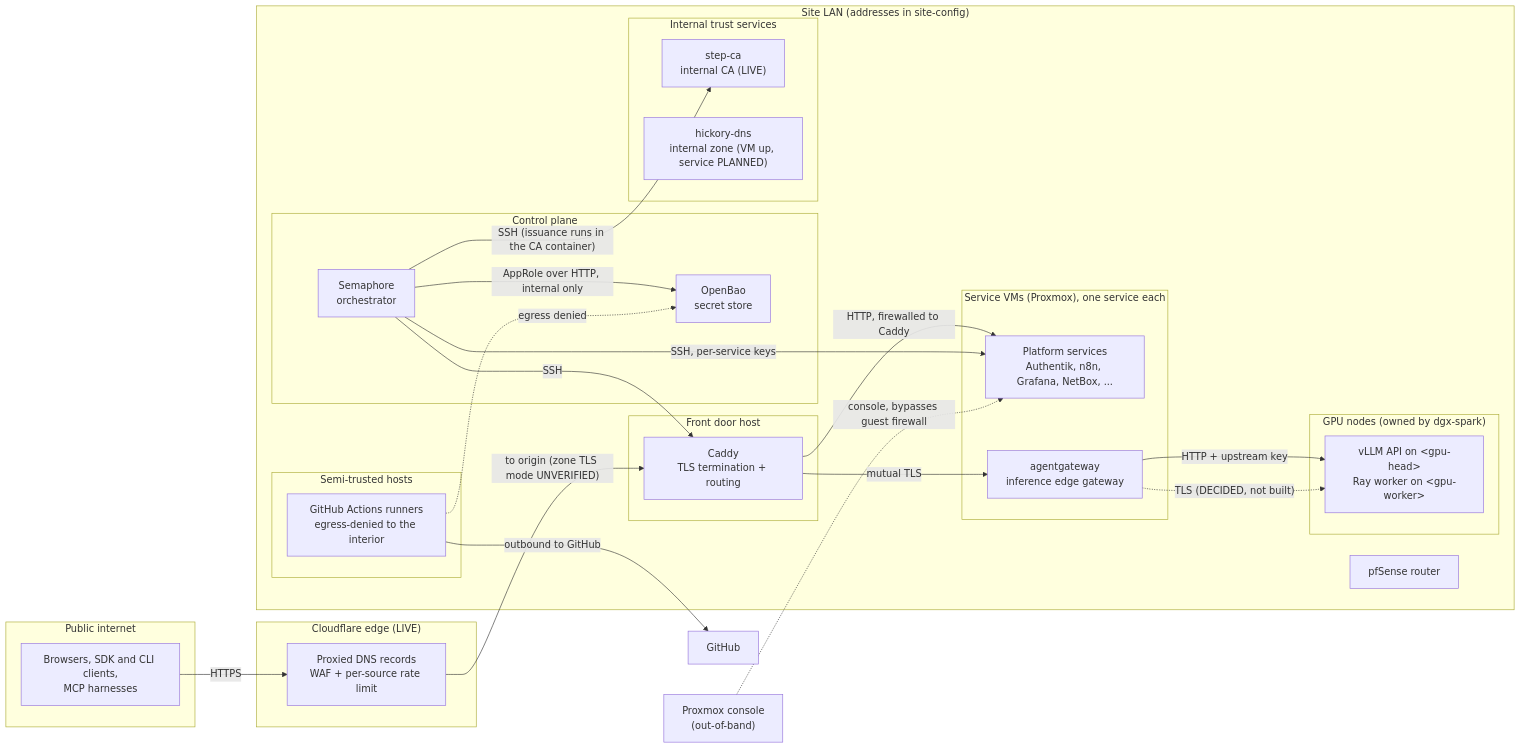
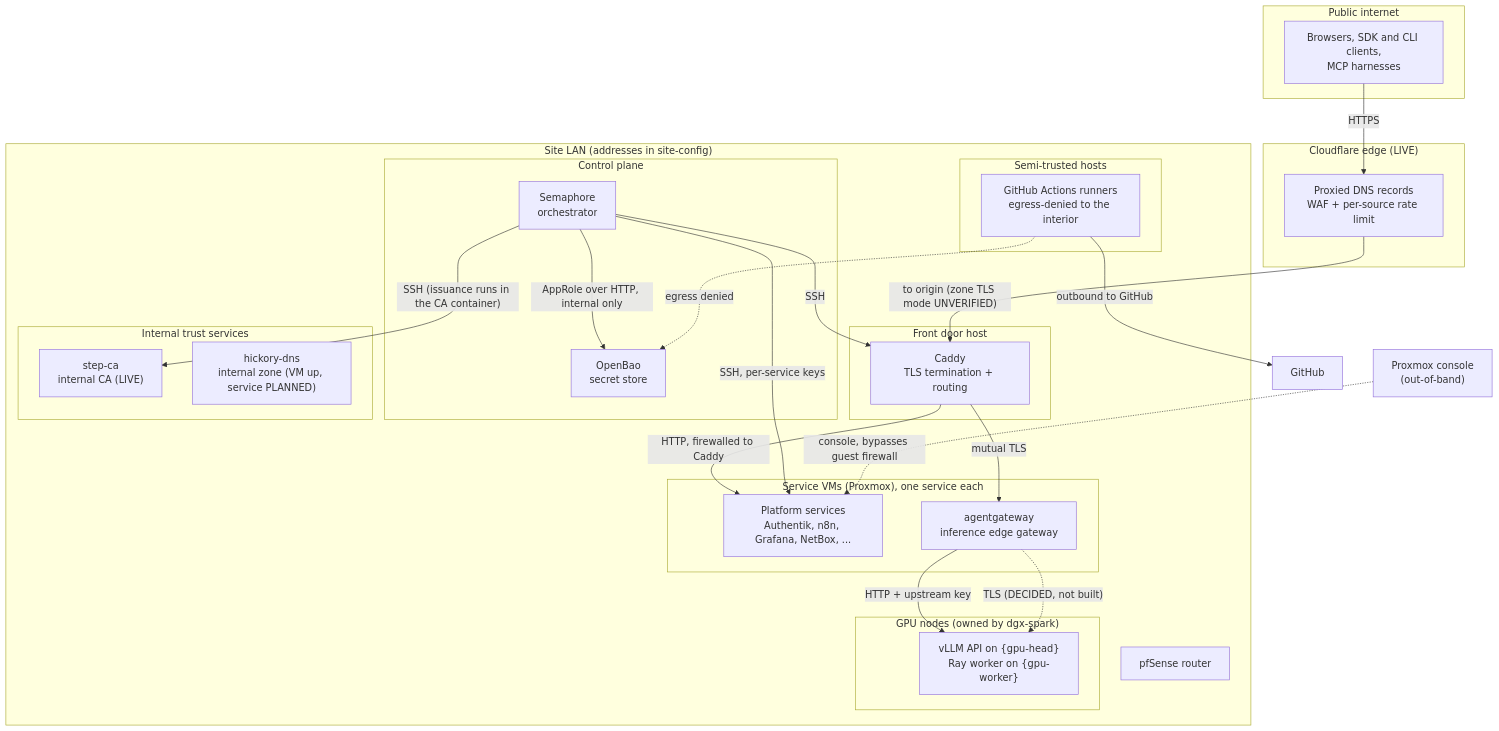
The first of 14 diagrams in plan/architecture/network-architecture.md (uhstray-io/agent-cloud), drawn with Mermaid before and after one commit. The commit also changed other lines of this file and 1 other file, not shown here.

First line of the commit message:
docs(architecture): fix diagram placeholders and wide layouts

````diff
--- a/plan/architecture/network-architecture.md
+++ b/plan/architecture/network-architecture.md
@@ -86,52 +87,52 @@
 ```mermaid
-flowchart LR
+flowchart TB
     subgraph PUB["Public internet"]
         CLIENT["Browsers, SDK and CLI clients,<br/>MCP harnesses"]
     end
 
     subgraph EDGE["Cloudflare edge (LIVE)"]
         CF["Proxied DNS records<br/>WAF + per-source rate limit"]
     end
 
     subgraph LAN["Site LAN (addresses in site-config)"]
         subgraph FRONT["Front door host"]
             CADDY["Caddy<br/>TLS termination + routing"]
         end
         subgraph SVC["Service VMs (Proxmox), one service each"]
             APPS["Platform services<br/>Authentik, n8n, Grafana, NetBox, ..."]
             AGW["agentgateway<br/>inference edge gateway"]
         end
         subgraph CTRL["Control plane"]
             SEM["Semaphore<br/>orchestrator"]
             BAO["OpenBao<br/>secret store"]
         end
         subgraph TRUST["Internal trust services"]
             CA["step-ca<br/>internal CA (LIVE)"]
             DNS["hickory-dns<br/>internal zone (VM up, service PLANNED)"]
         end
         subgraph GPU["GPU nodes (owned by dgx-spark)"]
-            VLLM["vLLM API on &lt;gpu-head&gt;<br/>Ray worker on &lt;gpu-worker&gt;"]
+            VLLM["vLLM API on {gpu-head}<br/>Ray worker on {gpu-worker}"]
         end
         subgraph SEMI["Semi-trusted hosts"]
             RUN["GitHub Actions runners<br/>egress-denied to the interior"]
         end
         PFS["pfSense router"]
     end
 
     PVE["Proxmox console<br/>(out-of-band)"]
 
     CLIENT -->|"HTTPS"| CF
     CF -->|"to origin (zone TLS mode UNVERIFIED)"| CADDY
     CADDY -->|"HTTP, firewalled to Caddy"| APPS
     CADDY -->|"mutual TLS"| AGW
     AGW -->|"HTTP + upstream key"| VLLM
     AGW -. "TLS (DECIDED, not built)" .-> VLLM
     SEM -->|"SSH, per-service keys"| APPS
     SEM -->|"SSH"| CADDY
     SEM -->|"AppRole over HTTP, internal only"| BAO
     SEM -->|"SSH (issuance runs in the CA container)"| CA
     GH["GitHub"]
     RUN -->|"outbound to GitHub"| GH
     RUN -. "egress denied" .-> BAO
     PVE -. "console, bypasses guest firewall" .-> APPS
 ```
````
